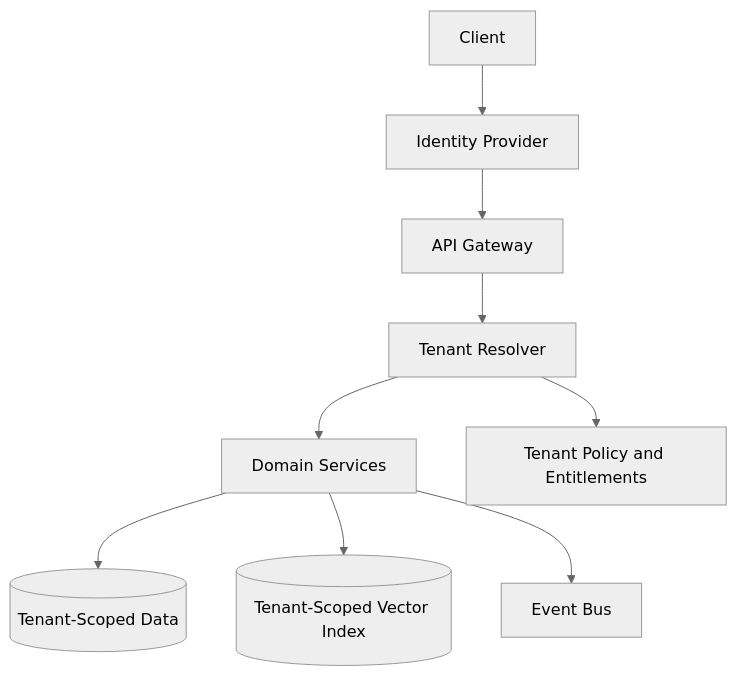
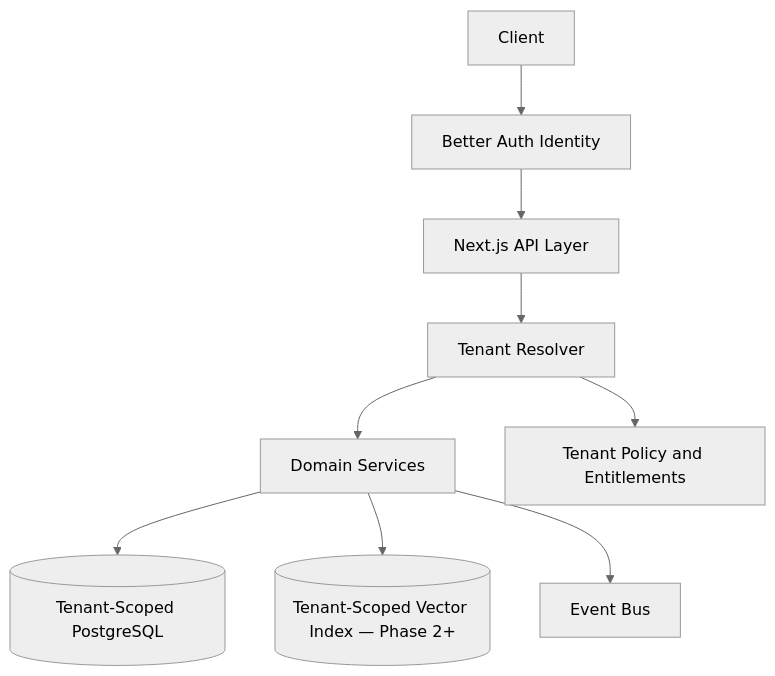
Before and after one commit to Mirzzie/Fadi: the diagram in docs/MULTI_TENANT_SAAS_ARCHITECTURE.md, drawn with Mermaid (neutral theme). The commit also changed other lines of this file and 65 other files, not shown here.

First line of the commit message:
docs: update architecture docs for Better Auth, Kai, and data sources

````diff
--- a/docs/MULTI_TENANT_SAAS_ARCHITECTURE.md
+++ b/docs/MULTI_TENANT_SAAS_ARCHITECTURE.md
@@ -22,11 +22,11 @@
 ```mermaid
 flowchart TD
-    Client[Client] --> Auth[Identity Provider]
-    Auth --> API[API Gateway]
+    Client[Client] --> Auth[Better Auth Identity]
+    Auth --> API[Next.js API Layer]
     API --> Tenant[Tenant Resolver]
     Tenant --> Services[Domain Services]
-    Services --> DB[(Tenant-Scoped Data)]
-    Services --> Vector[(Tenant-Scoped Vector Index)]
+    Services --> DB[(Tenant-Scoped PostgreSQL)]
+    Services --> Vector[(Tenant-Scoped Vector Index — Phase 2+)]
     Services --> Events[Event Bus]
     Tenant --> Policy[Tenant Policy and Entitlements]
 ```
````
